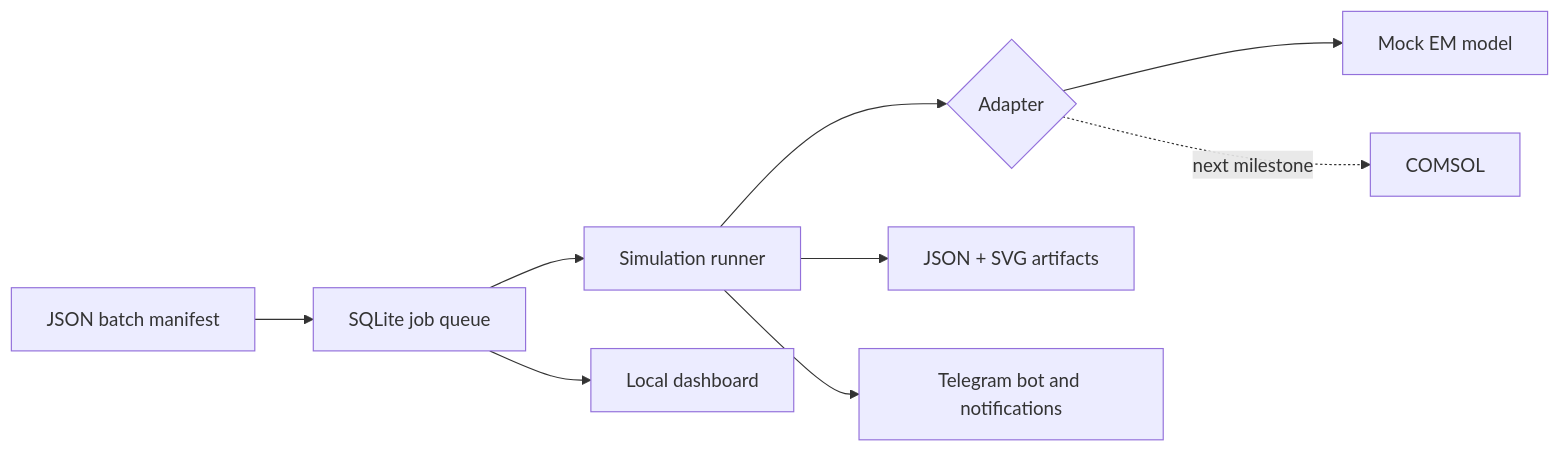
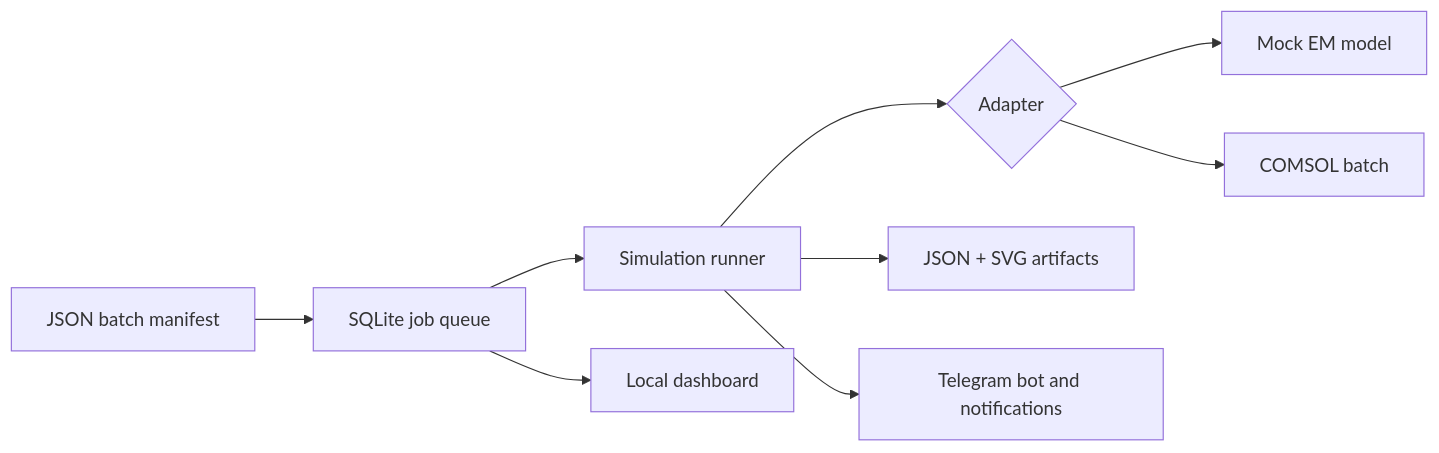
One commit to amkumirab/simulation-run-assistant changed the diagram in README.md. Above: the diagram before and after it, drawn with Mermaid. The commit also changed other lines of this file and 11 other files, not shown here.

Commit message:
feat: add COMSOL batch integration

````diff
--- a/README.md
+++ b/README.md
@@ -38,11 +38,11 @@
 ```mermaid
 flowchart LR
     A["JSON batch manifest"] --> B["SQLite job queue"]
     B --> C["Simulation runner"]
     C --> D{"Adapter"}
     D --> E["Mock EM model"]
-    D -. next milestone .-> F["COMSOL"]
+    D --> F["COMSOL batch"]
     C --> G["JSON + SVG artifacts"]
     C --> H["Telegram bot and notifications"]
     B --> I["Local dashboard"]
 ```
````
